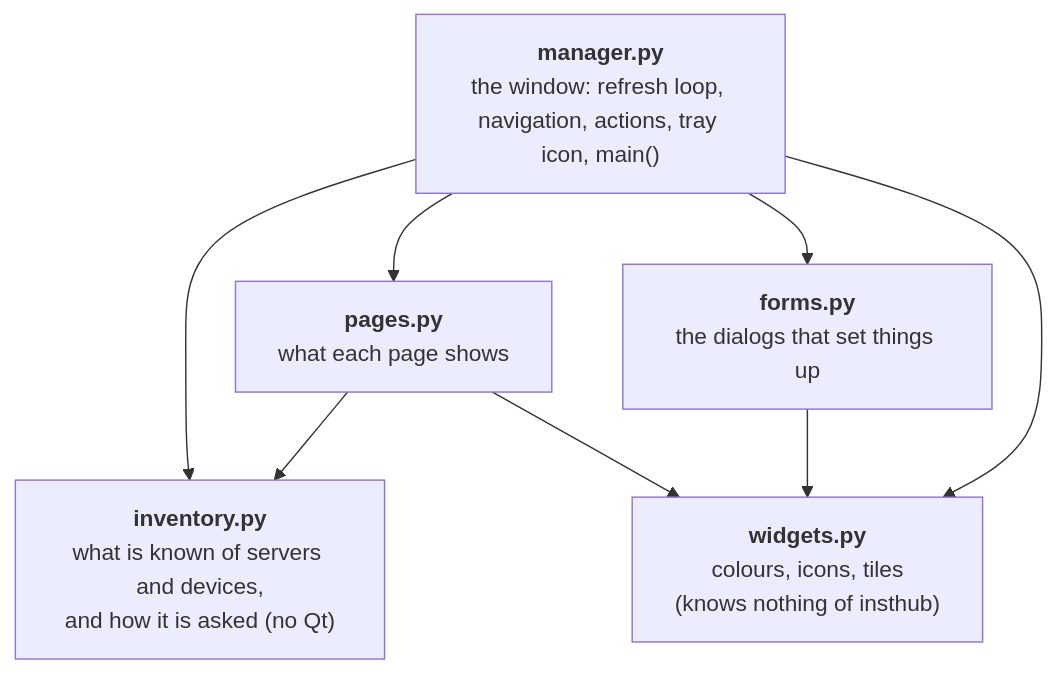
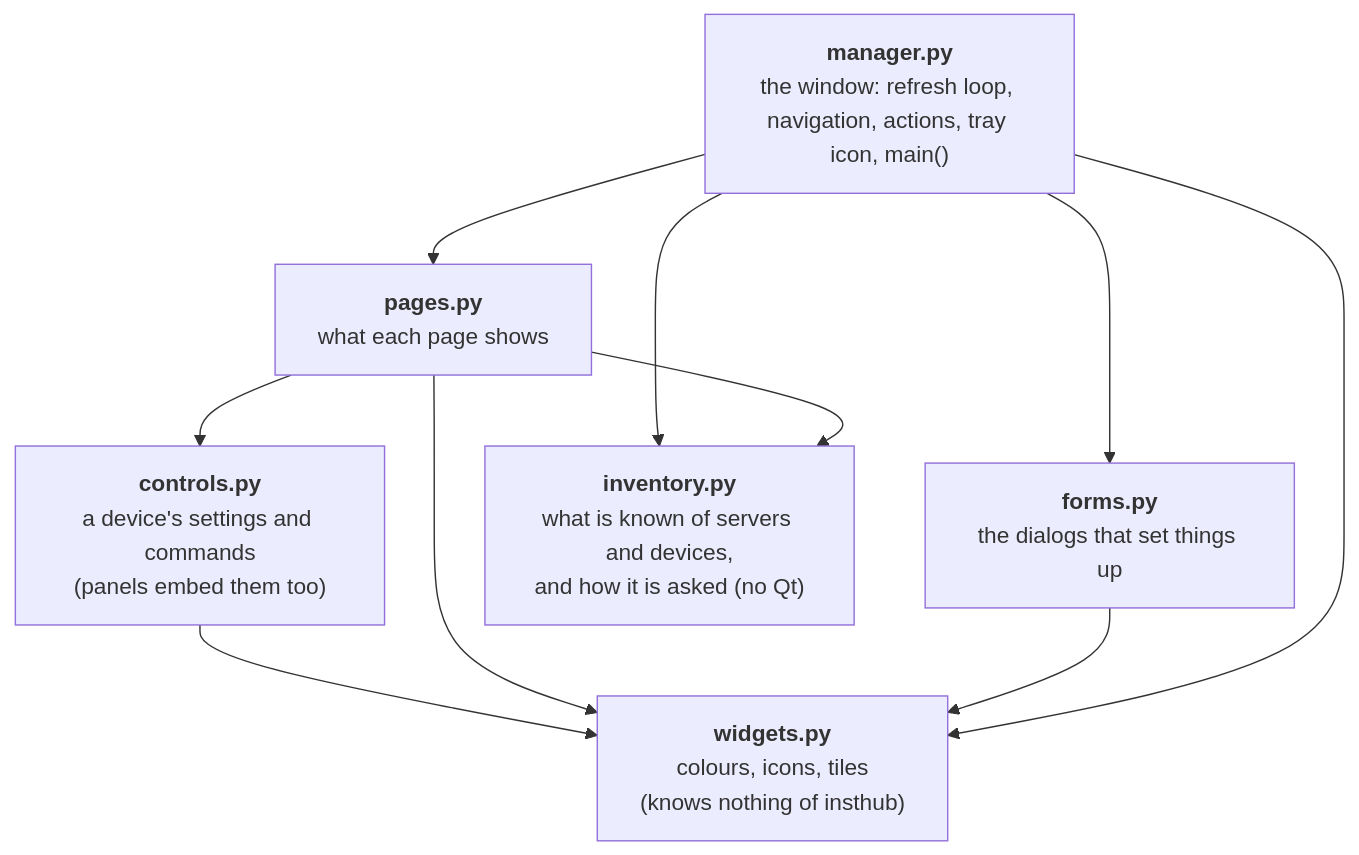
Before and after one commit to tim4431/insthub: the fifth of 6 diagrams in docs/architecture.md, drawn with Mermaid. The commit also changed other lines of this file and 42 other files, not shown here.

````diff
--- a/docs/architecture.md
+++ b/docs/architecture.md
@@ -371,15 +384,18 @@
 ```mermaid
 flowchart TB
     manager["<b>manager.py</b><br/>the window: refresh loop, navigation, actions, tray icon, main()"]
     pages["<b>pages.py</b><br/>what each page shows"]
+    controls["<b>controls.py</b><br/>a device's settings and commands<br/>(panels embed them too)"]
     forms["<b>forms.py</b><br/>the dialogs that set things up"]
     inventory["<b>inventory.py</b><br/>what is known of servers and devices,<br/>and how it is asked (no Qt)"]
     widgets["<b>widgets.py</b><br/>colours, icons, tiles<br/>(knows nothing of insthub)"]
     manager --> pages
     manager --> forms
     manager --> inventory
     pages --> inventory
+    pages --> controls
+    controls --> widgets
     pages --> widgets
     forms --> widgets
     manager --> widgets
 ```
````
